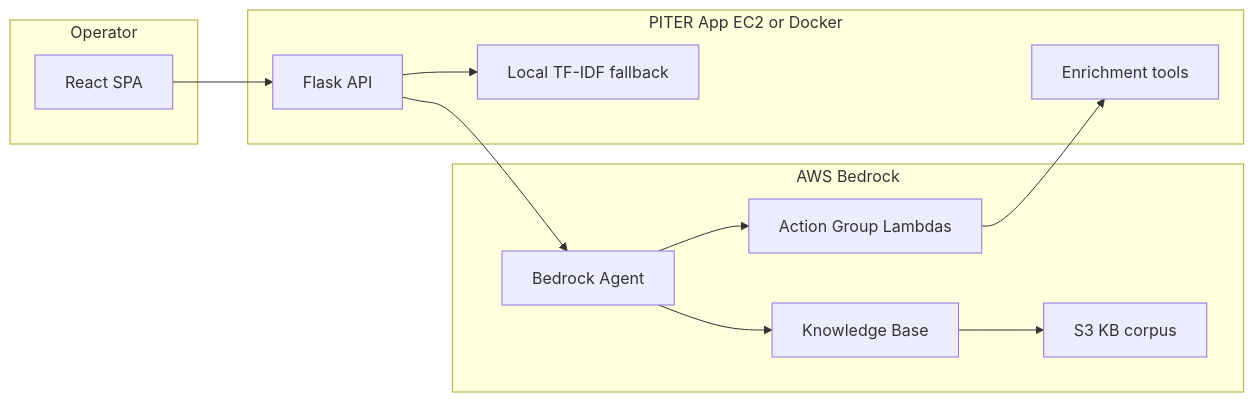
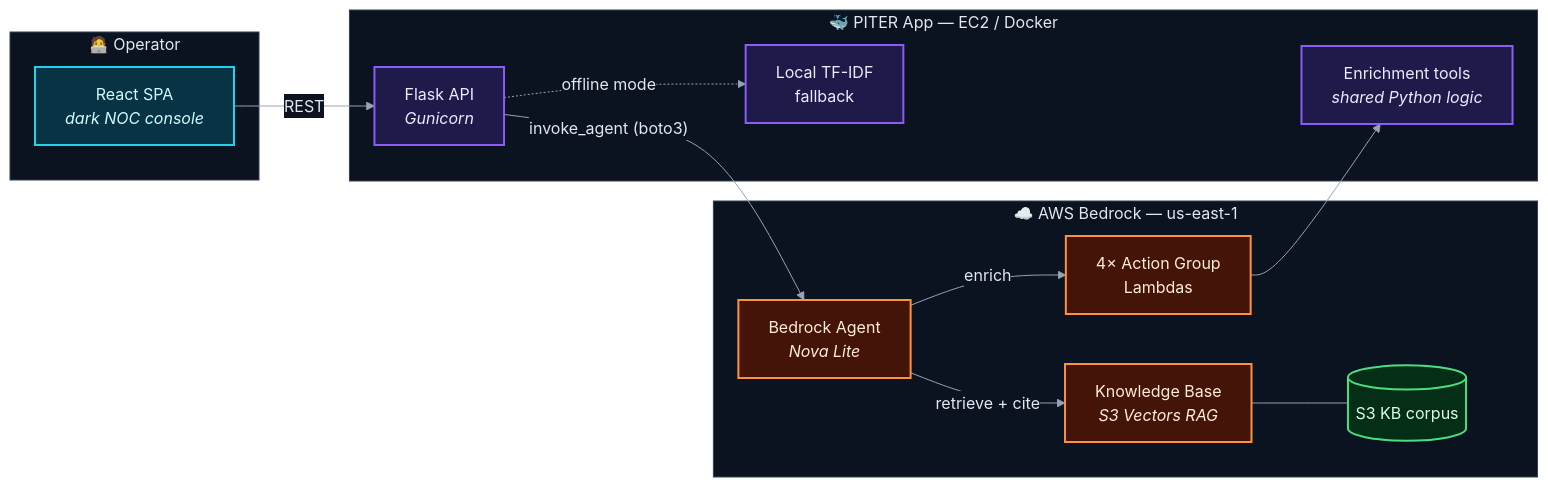
Before and after one commit to reem-mor/ai-engineering-portfolio: the first of 5 diagrams in projects/piter-aiops/README.md, drawn with Mermaid. The commit also changed other lines of this file and 71 other files, not shown here.

````diff
--- a/projects/piter-aiops/README.md
+++ b/projects/piter-aiops/README.md
@@ -141,24 +231,34 @@
 ```mermaid
+%%{init: {'theme':'base','themeVariables':{'primaryColor':'#0b1220','primaryTextColor':'#e2e8f0','primaryBorderColor':'#22d3ee','lineColor':'#94a3b8','clusterBkg':'#0b1220','clusterBorder':'#334155','edgeLabelBackground':'#0b1220','tertiaryTextColor':'#e2e8f0'}}}%%
 flowchart LR
-  subgraph client [Operator]
-    SPA[React SPA]
+  subgraph client ["🧑‍💻 Operator"]
+    SPA["React SPA<br/><i>dark NOC console</i>"]
   end
-  subgraph app [PITER App EC2 or Docker]
-    Flask[Flask API]
-    LocalRAG[Local TF-IDF fallback]
-    Tools[Enrichment tools]
+  subgraph app ["🐳 PITER App — EC2 / Docker"]
+    Flask["Flask API<br/><i>Gunicorn</i>"]
+    LocalRAG["Local TF-IDF<br/>fallback"]
+    Tools["Enrichment tools<br/><i>shared Python logic</i>"]
   end
-  subgraph aws [AWS Bedrock]
-    Agent[Bedrock Agent]
-    KB[Knowledge Base]
-    Lambdas[Action Group Lambdas]
-    S3[S3 KB corpus]
+  subgraph aws ["☁️ AWS Bedrock — us-east-1"]
+    Agent["Bedrock Agent<br/><i>Nova Lite</i>"]
+    KB["Knowledge Base<br/><i>S3 Vectors RAG</i>"]
+    Lambdas["4× Action Group<br/>Lambdas"]
+    S3[("S3 KB corpus")]
   end
-  SPA --> Flask
-  Flask --> Agent
-  Flask --> LocalRAG
-  Agent --> KB
-  Agent --> Lambdas
-  KB --> S3
+  SPA -->|"REST"| Flask
+  Flask -->|"invoke_agent (boto3)"| Agent
+  Flask -.->|"offline mode"| LocalRAG
+  Agent -->|"retrieve + cite"| KB
+  Agent -->|"enrich"| Lambdas
+  KB --- S3
   Lambdas --> Tools
+
+  classDef clientStyle fill:#083344,stroke:#22d3ee,stroke-width:2px,color:#cffafe
+  classDef appStyle fill:#1e1b4b,stroke:#8b5cf6,stroke-width:2px,color:#ede9fe
+  classDef awsStyle fill:#431407,stroke:#fb923c,stroke-width:2px,color:#ffedd5
+  classDef dataStyle fill:#052e16,stroke:#4ade80,stroke-width:2px,color:#dcfce7
+  class SPA clientStyle
+  class Flask,LocalRAG,Tools appStyle
+  class Agent,KB,Lambdas awsStyle
+  class S3 dataStyle
 ```
````
